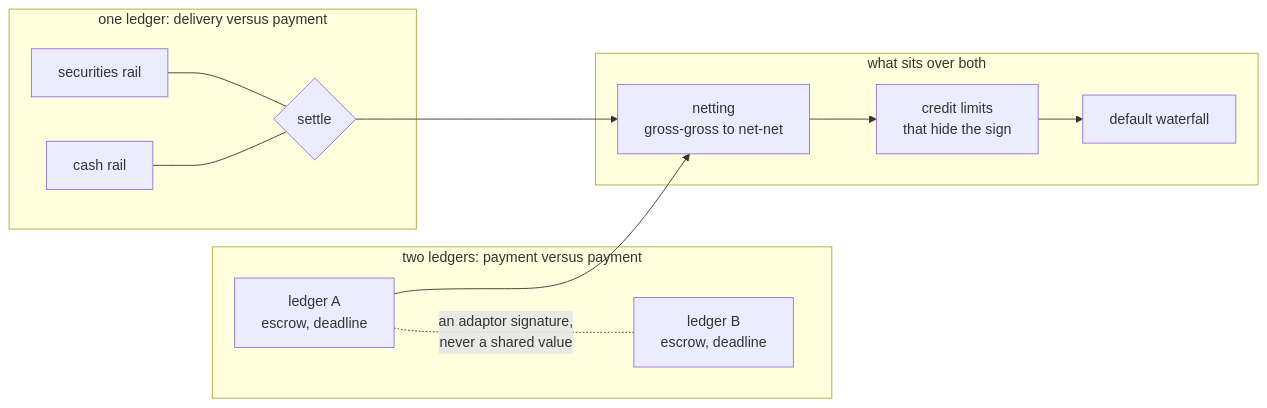
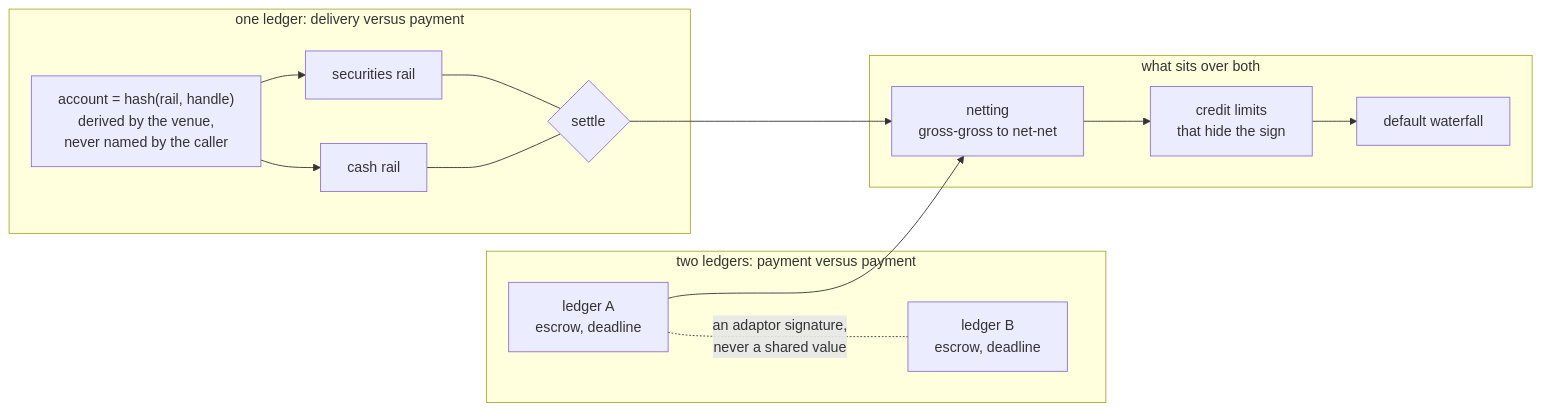
Before and after one commit to shukob/defmi: the second of 2 diagrams in README.md, drawn with Mermaid. The commit also changed 10 other files, not shown here.

````diff
--- a/README.md
+++ b/README.md
@@ -45,25 +45,28 @@
 ```mermaid
 flowchart LR
     subgraph one["one ledger: delivery versus payment"]
+        ACC["account = hash(rail, handle)<br/>derived by the venue,<br/>never named by the caller"]
         SEC["securities rail"]
         CASH["cash rail"]
+        ACC --> SEC
+        ACC --> CASH
         SEC --- DVP{"settle"}
         CASH --- DVP
     end
 
     subgraph two["two ledgers: payment versus payment"]
         LA["ledger A<br/>escrow, deadline"]
         LB["ledger B<br/>escrow, deadline"]
         LA -. "an adaptor signature,<br/>never a shared value" .- LB
     end
 
     subgraph over["what sits over both"]
         NET["netting<br/>gross-gross to net-net"]
         CRED["credit limits<br/>that hide the sign"]
         WF["default waterfall"]
     end
 
     DVP --> NET
     LA --> NET
     NET --> CRED --> WF
 ```
````
